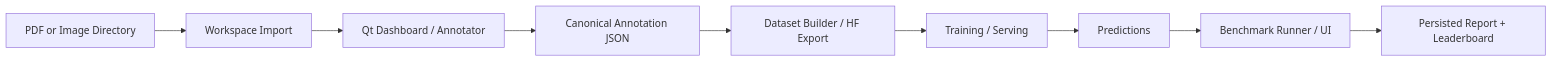
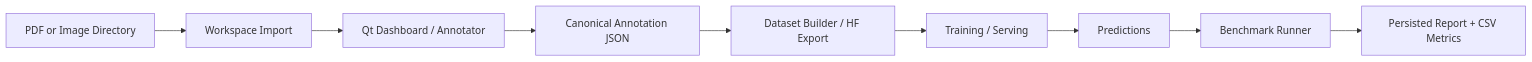
One commit to DelmedigoA/FineTree changed the diagram in docs/architecture.md. Above: the diagram before and after it, drawn with Mermaid. The commit also changed other lines of this file and 264 other files, not shown here.

````diff
--- a/docs/architecture.md
+++ b/docs/architecture.md
@@ -16,11 +16,11 @@
 ```mermaid
 flowchart LR
     A["PDF or Image Directory"] --> B["Workspace Import"]
     B --> C["Qt Dashboard / Annotator"]
     C --> D["Canonical Annotation JSON"]
     D --> E["Dataset Builder / HF Export"]
     E --> F["Training / Serving"]
     F --> G["Predictions"]
-    G --> H["Benchmark Runner / UI"]
-    H --> I["Persisted Report + Leaderboard"]
+    G --> H["Benchmark Runner"]
+    H --> I["Persisted Report + CSV Metrics"]
 ```
````
